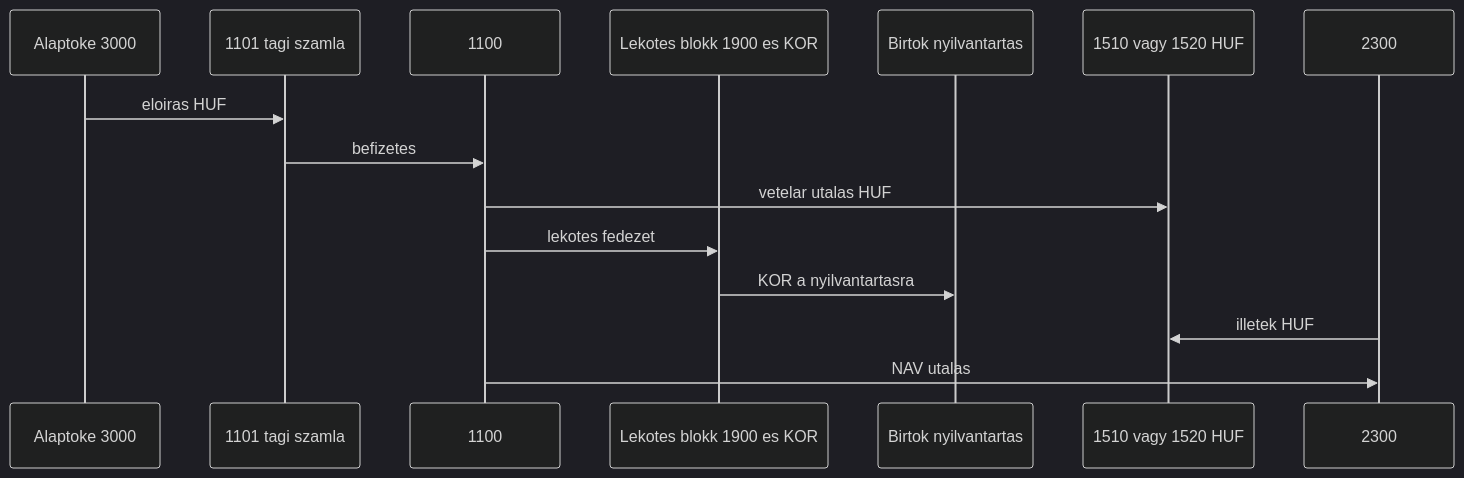
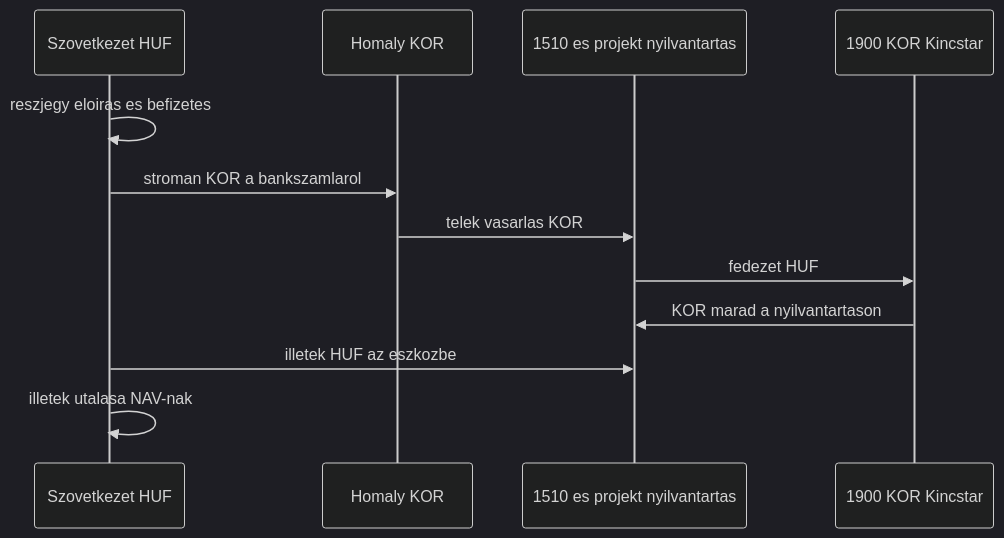
One commit to pitiboy/curr changed the fifth of 17 diagrams in docs/transaction-workflow.md. Above: the diagram before and after it, drawn with Mermaid (dark theme). The commit also changed other lines of this file, not shown here.

Commit message:
fix: tagi flow

````diff
--- a/docs/transaction-workflow.md
+++ b/docs/transaction-workflow.md
@@ -247,18 +255,15 @@
 ```mermaid
 sequenceDiagram
-  participant Toke as Alaptoke 3000
-  participant Tag as 1101 tagi szamla
-  participant Bank as 1100
-  participant Atv as Lekotes blokk 1900 es KOR
-  participant Birtok as Birtok nyilvantartas
-  participant Eszkoz as 1510 vagy 1520 HUF
-  participant Ado as 2300
+  participant Szov as Szovetkezet HUF
+  participant Homaly as Homaly KOR
+  participant Eszkoz as 1510 es projekt nyilvantartas
+  participant Kincstar as 1900 KOR Kincstar
 
-  Toke->>Tag: eloiras HUF
-  Tag->>Bank: befizetes
-  Bank->>Eszkoz: vetelar utalas HUF
-  Bank->>Atv: lekotes fedezet
-  Atv->>Birtok: KOR a nyilvantartasra
-  Ado->>Eszkoz: illetek HUF
-  Bank->>Ado: NAV utalas
+  Szov->>Szov: reszjegy eloiras es befizetes
+  Szov->>Homaly: stroman KOR a bankszamlarol
+  Homaly->>Eszkoz: telek vasarlas KOR
+  Eszkoz->>Kincstar: fedezet HUF
+  Kincstar->>Eszkoz: KOR marad a nyilvantartason
+  Szov->>Eszkoz: illetek HUF az eszkozbe
+  Szov->>Szov: illetek utalasa NAV-nak
 ```
````
